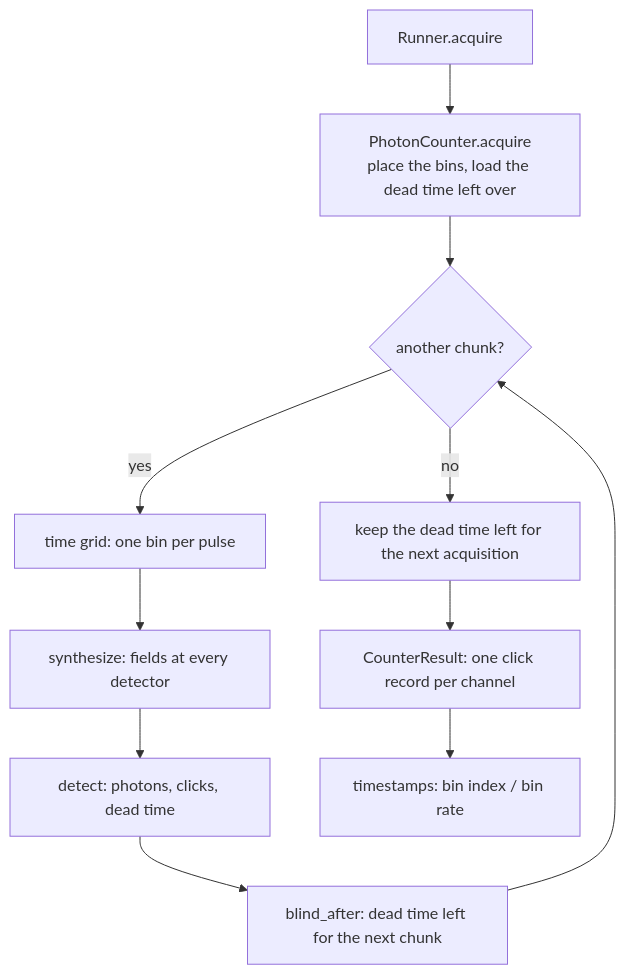
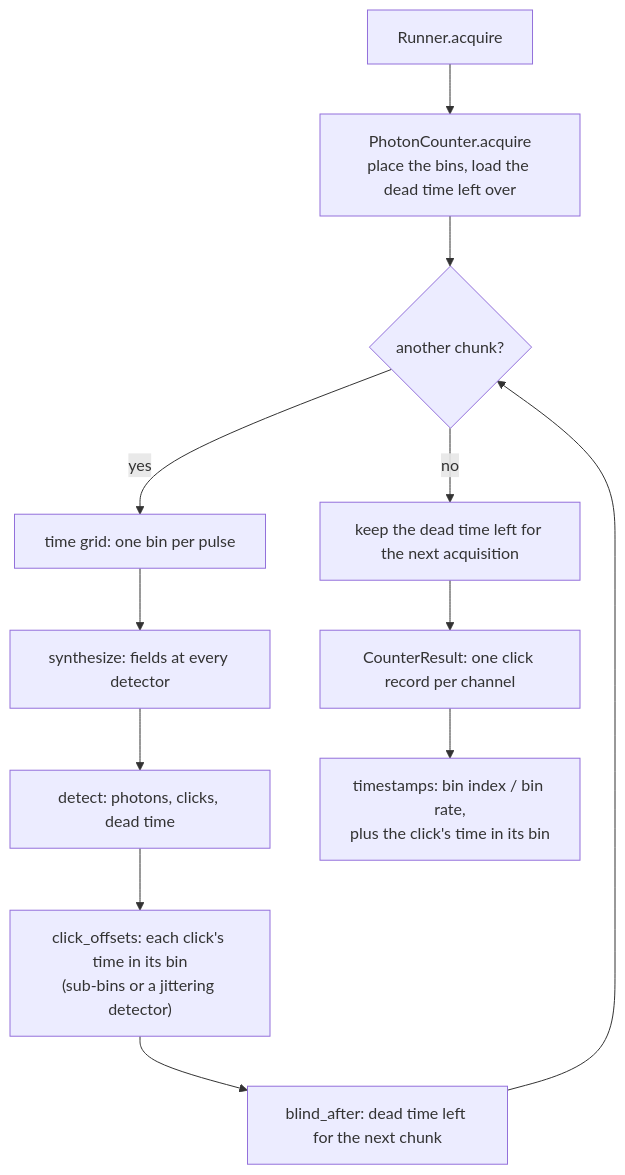
The first of 4 diagrams in docs/photon-counter.md (ammar-faifi/phoq), drawn with Mermaid before and after one commit. The commit also changed other lines of this file and 24 other files, not shown here.

````diff
--- a/docs/photon-counter.md
+++ b/docs/photon-counter.md
@@ -15,13 +15,14 @@
 ```mermaid
 flowchart TD
     A["Runner.acquire"] --> B["PhotonCounter.acquire<br/>place the bins, load the dead time left over"]
     B --> C{"another chunk?"}
     C -- yes --> D["time grid: one bin per pulse"]
     D --> E["synthesize: fields at every detector"]
     E --> F["detect: photons, clicks, dead time"]
-    F --> G["blind_after: dead time left for the next chunk"]
+    F --> T["click_offsets: each click's time in its bin<br/>(sub-bins or a jittering detector)"]
+    T --> G["blind_after: dead time left for the next chunk"]
     G --> C
     C -- no --> H["keep the dead time left for the next acquisition"]
     H --> I["CounterResult: one click record per channel"]
-    I --> J["timestamps: bin index / bin rate"]
+    I --> J["timestamps: bin index / bin rate,<br/>plus the click's time in its bin"]
 ```
````
